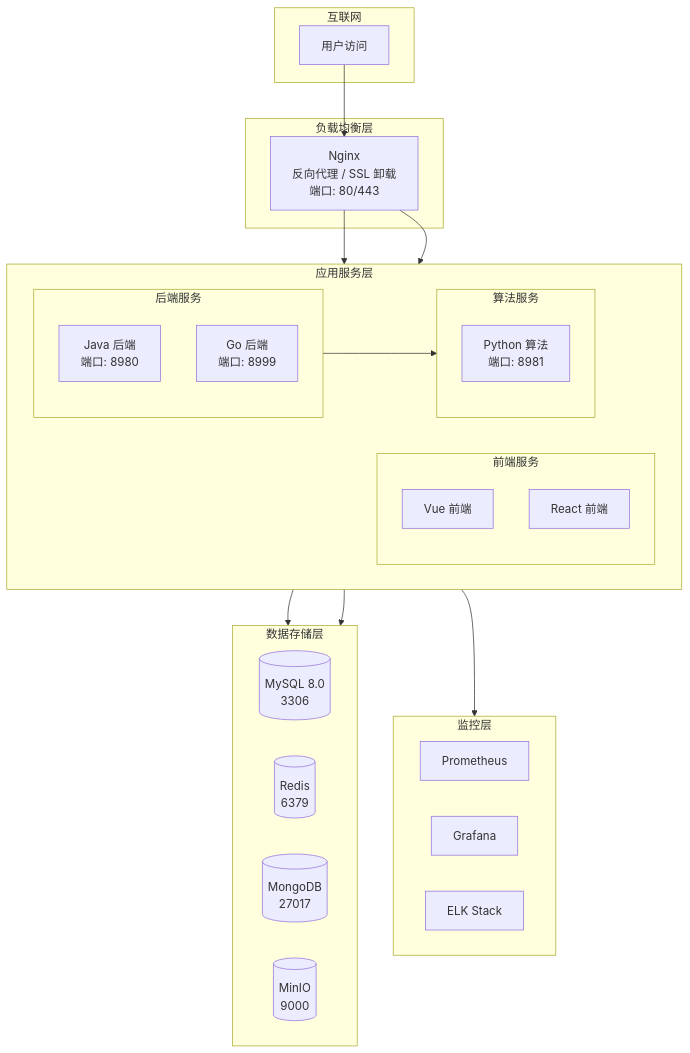
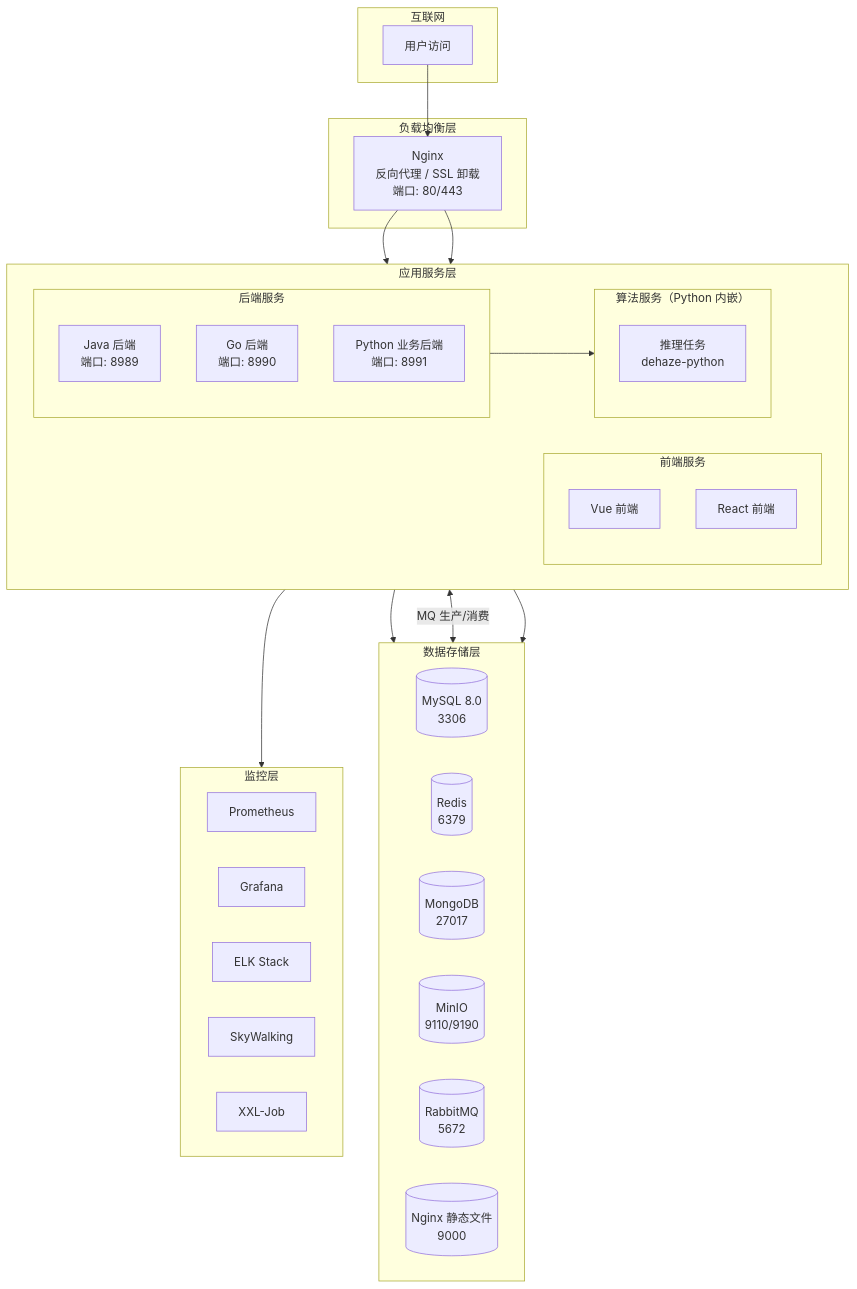
The diagram in dehaze-doc/docs/02-系统架构/06-部署架构.md (earthy-zinc/dehaze-system), drawn with Mermaid before and after one commit. The commit also changed other lines of this file and 1067 other files, not shown here.

````diff
--- a/dehaze-doc/docs/02-系统架构/06-部署架构.md
+++ b/dehaze-doc/docs/02-系统架构/06-部署架构.md
@@ -19,48 +19,54 @@
 ```mermaid
 flowchart TB
     subgraph Internet["互联网"]
         Users["用户访问"]
     end
 
     subgraph LoadBalancer["负载均衡层"]
         Nginx["Nginx<br/>反向代理 / SSL 卸载<br/>端口: 80/443"]
     end
 
     subgraph AppLayer["应用服务层"]
         direction LR
         subgraph FrontendCluster["前端服务"]
             FrontVue["Vue 前端"]
             FrontReact["React 前端"]
         end
         subgraph BackendCluster["后端服务"]
-            JavaApp["Java 后端<br/>端口: 8980"]
-            GoApp["Go 后端<br/>端口: 8999"]
+            JavaApp["Java 后端<br/>端口: 8989"]
+            GoApp["Go 后端<br/>端口: 8990"]
+            PythonApp["Python 业务后端<br/>端口: 8991"]
         end
-        subgraph AlgoCluster["算法服务"]
-            PythonApp["Python 算法<br/>端口: 8981"]
+        subgraph AlgoService["算法服务（Python 内嵌）"]
+            PyAlgo["推理任务<br/>dehaze-python"]
         end
     end
 
     subgraph DataLayer["数据存储层"]
         direction LR
         MySQL[("MySQL 8.0<br/>3306")]
         Redis[("Redis<br/>6379")]
         MongoDB[("MongoDB<br/>27017")]
-        MinIO[("MinIO<br/>9000")]
+        MinIO[("MinIO<br/>9110/9190")]
+        MQ[("RabbitMQ<br/>5672")]
+        NginxData[("Nginx 静态文件<br/>9000")]
     end
 
     subgraph MonitorLayer["监控层"]
         direction LR
         Prometheus["Prometheus"]
         Grafana["Grafana"]
         ELK["ELK Stack"]
+        SkyWalking["SkyWalking"]
+        XXLJob["XXL-Job"]
     end
 
     Users --> Nginx
     Nginx --> FrontendCluster
     Nginx --> BackendCluster
-    BackendCluster --> AlgoCluster
+    BackendCluster --> AlgoService
     BackendCluster --> DataLayer
-    AlgoCluster --> DataLayer
+    BackendCluster <-->|"MQ 生产/消费"| MQ
+    AlgoService --> DataLayer
     AppLayer --> MonitorLayer
 ```
````
